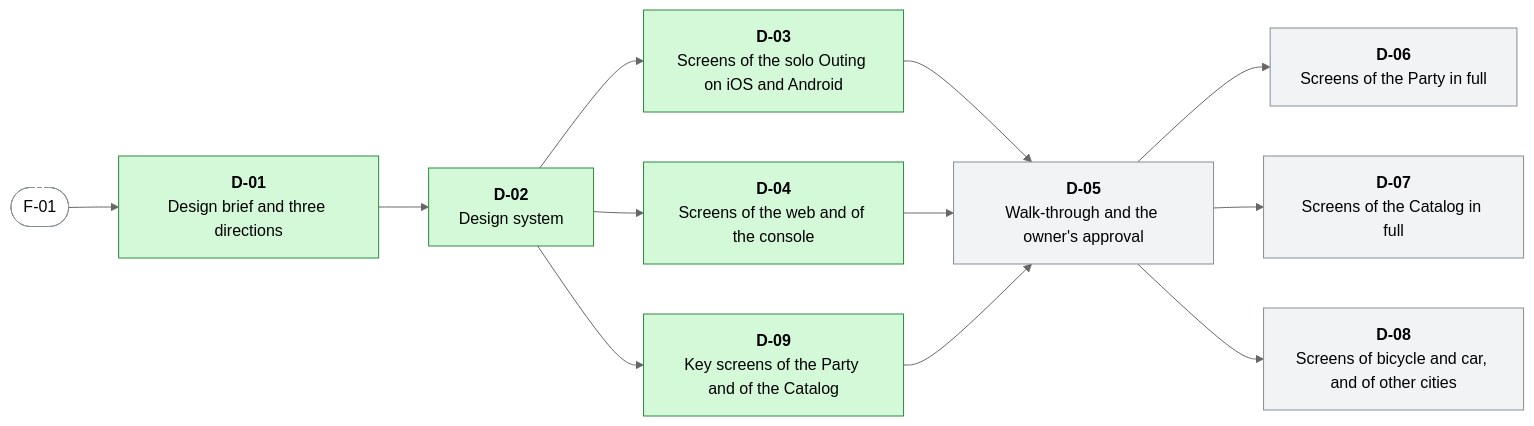
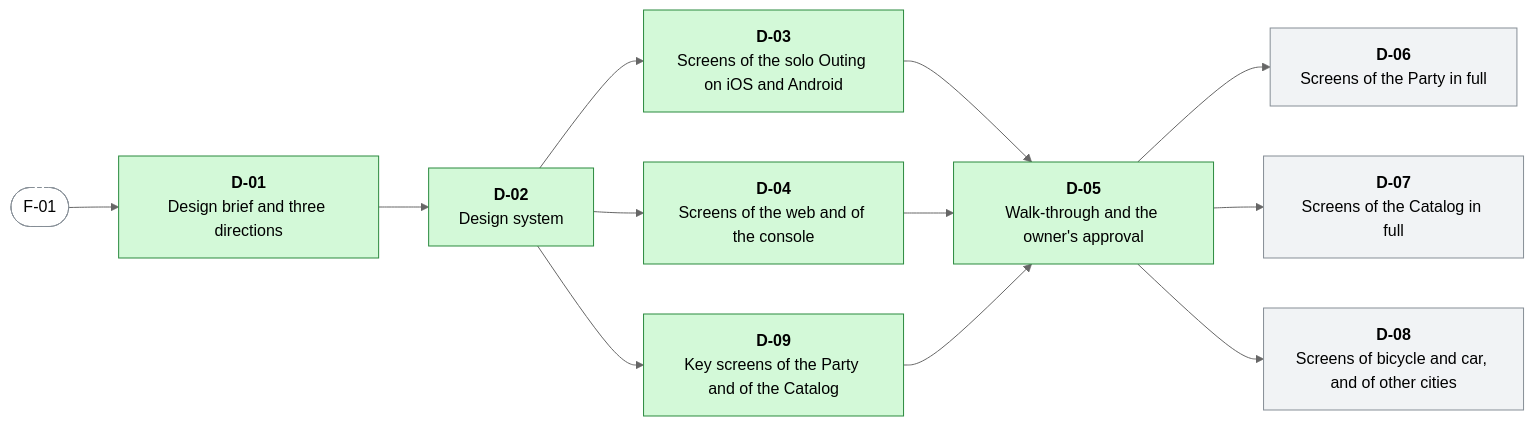
The second of 17 diagrams in docs/WORK-PLAN.md (menisika/Smart-Tour-Guide-and-Itinerary-Planner), drawn with Mermaid (neutral theme) before and after one commit. The commit also changed other lines of this file and 455 other files, not shown here.

First line of the commit message:
feat(design): add the walk-through and the owner's approval (#7)

````diff
--- a/docs/WORK-PLAN.md
+++ b/docs/WORK-PLAN.md
@@ -272,29 +272,29 @@
 ```mermaid
 flowchart LR
   classDef done fill:#d3f9d8,stroke:#2b8a3e,color:#000
   classDef progress fill:#fff3bf,stroke:#e67700,color:#000
   classDef blocked fill:#ffe3e3,stroke:#c92a2a,color:#000
   classDef todo fill:#f1f3f5,stroke:#868e96,color:#000
   classDef outside fill:#ffffff,stroke:#868e96,stroke-dasharray:4 3,color:#000
   D_01["<b>D-01</b><br/>Design brief and three directions"]:::done
   D_02["<b>D-02</b><br/>Design system"]:::done
   D_03["<b>D-03</b><br/>Screens of the solo Outing on iOS and Android"]:::done
   D_04["<b>D-04</b><br/>Screens of the web and of the console"]:::done
   D_09["<b>D-09</b><br/>Key screens of the Party and of the Catalog"]:::done
-  D_05["<b>D-05</b><br/>Walk-through and the owner's approval"]:::todo
+  D_05["<b>D-05</b><br/>Walk-through and the owner's approval"]:::done
   D_06["<b>D-06</b><br/>Screens of the Party in full"]:::todo
   D_07["<b>D-07</b><br/>Screens of the Catalog in full"]:::todo
   D_08["<b>D-08</b><br/>Screens of bicycle and car, and of other cities"]:::todo
   F_01(["F-01"]):::outside
   F_01 --> D_01
   D_01 --> D_02
   D_02 --> D_03
   D_02 --> D_04
   D_02 --> D_09
   D_03 --> D_05
   D_04 --> D_05
   D_09 --> D_05
   D_05 --> D_06
   D_05 --> D_07
   D_05 --> D_08
 ```
````
